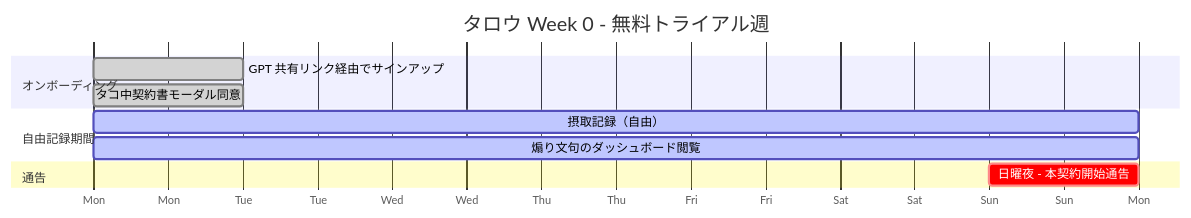
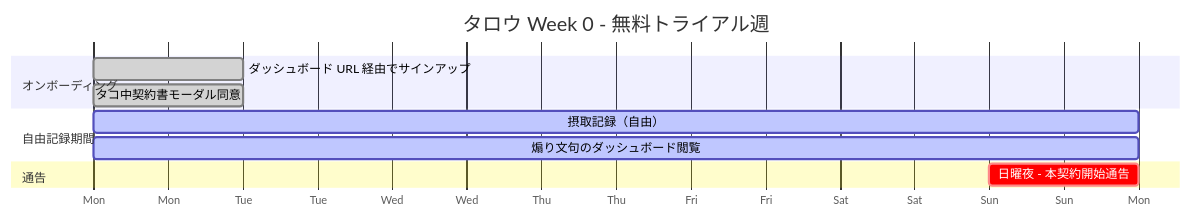
One commit to salsa-panda/tako-tues changed the first of 4 diagrams in aidlc-docs/inception/user-stories/story-board.md. Above: the diagram before and after it, drawn with Mermaid. The commit also changed 2 other files, not shown here.

Commit message:
構造変更: ドキュメント残存不整合 3 件を修正（QW-1〜3）
- README.md: User Stories のストーリー数 15 → 16 に修正（v2.0 で US-T15 追加済みの実態と整合）
- unit-of-work-dependency.md: §8 循環依存検証の「9 ノード / Doc(C8)」を「8 ノード / U1〜U7, U9」に修正（FR-6.3 廃止・C8 削除後の実態と整合）
- story-board.md: Week 0 Gantt の「GPT 共有リンク経由でサインアップ」を「ダッシュボード URL 経由でサインアップ」に修正（FR-6.3 廃止後の残置参照を除去）

````diff
--- a/aidlc-docs/inception/user-stories/story-board.md
+++ b/aidlc-docs/inception/user-stories/story-board.md
@@ -37,14 +37,14 @@
 ```mermaid
 gantt
     title タロウ Week 0 - 無料トライアル週
     dateFormat YYYY-MM-DD
     axisFormat %a
     section オンボーディング
-    GPT 共有リンク経由でサインアップ        :done, t0a, 2026-05-04, 1d
+    ダッシュボード URL 経由でサインアップ   :done, t0a, 2026-05-04, 1d
     タコ中契約書モーダル同意                 :done, t0b, 2026-05-04, 1d
     section 自由記録期間
     摂取記録（自由）                         :active, t0c, 2026-05-04, 7d
     煽り文句のダッシュボード閲覧             :active, t0d, 2026-05-04, 7d
     section 通告
     日曜夜 - 本契約開始通告                  :crit, t0e, 2026-05-10, 1d
 ```
````
